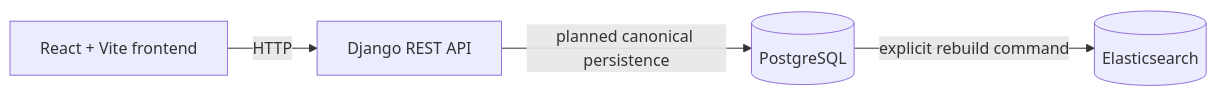
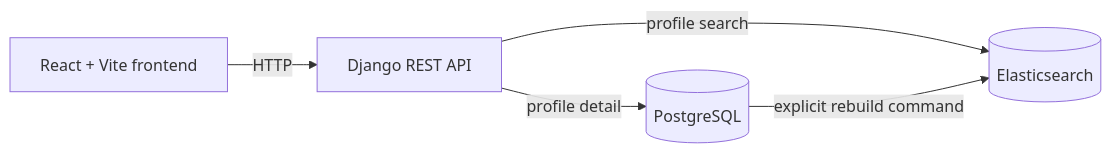
Before and after one commit to Rasoulsa/elastic-search: the diagram in docs/architecture.md, drawn with Mermaid. The commit also changed other lines of this file and 18 other files, not shown here.

Commit message:
feat: implement authenticated profile search API

````diff
--- a/docs/architecture.md
+++ b/docs/architecture.md
@@ -18,6 +18,7 @@
 ```mermaid
 flowchart LR
     Browser[React + Vite frontend] -->|HTTP| API[Django REST API]
-    API -->|planned canonical persistence| DB[(PostgreSQL)]
+    API -->|profile detail| DB[(PostgreSQL)]
+    API -->|profile search| ES
     DB -->|explicit rebuild command| ES[(Elasticsearch)]
 ```
````
